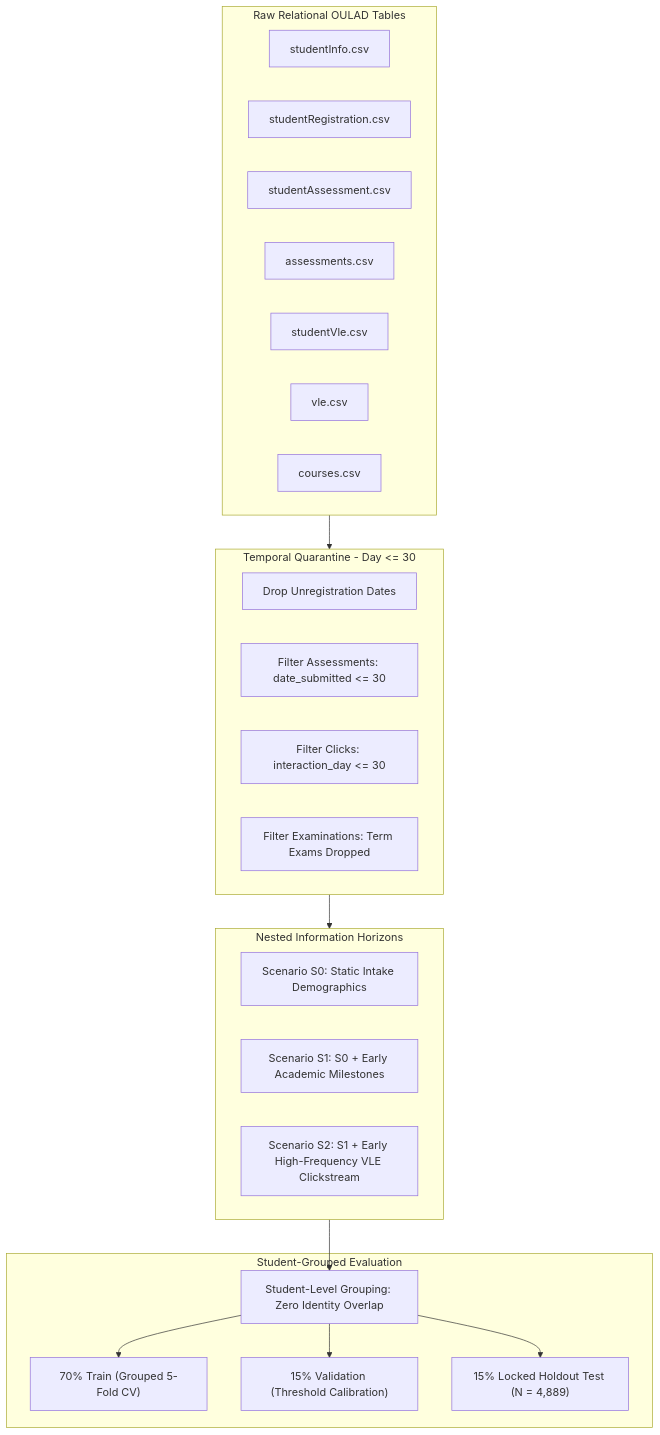
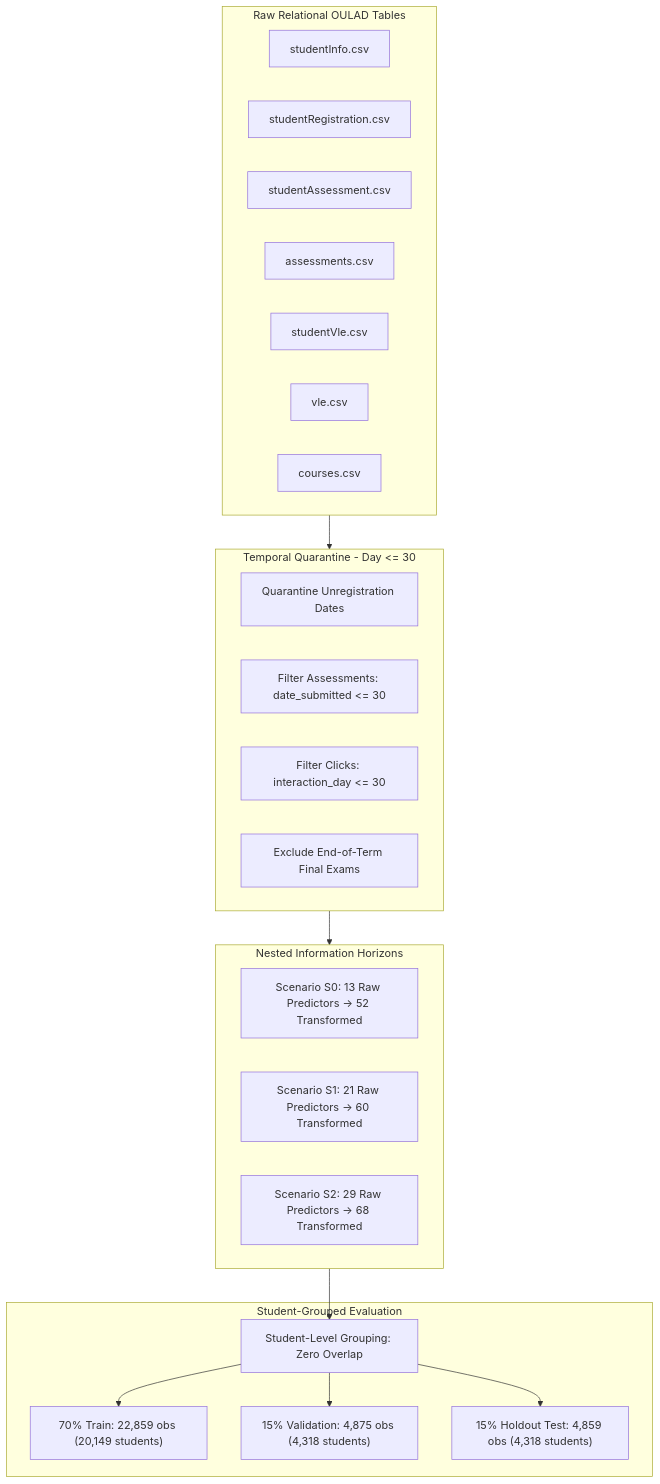
The diagram in README.md (ugesh13/IEEE_Research_Web), drawn with Mermaid before and after one commit. The commit also changed other lines of this file and 82 other files, not shown here.

````diff
--- a/README.md
+++ b/README.md
@@ -45,39 +72,39 @@
 ```mermaid
 flowchart TD
     subgraph Raw_OULAD [Raw Relational OULAD Tables]
         R1[studentInfo.csv]
         R2[studentRegistration.csv]
         R3[studentAssessment.csv]
         R4[assessments.csv]
         R5[studentVle.csv]
         R6[vle.csv]
         R7[courses.csv]
     end
 
     subgraph Temporal_Firewall [Temporal Quarantine - Day <= 30]
-        TF1[Drop Unregistration Dates]
+        TF1[Quarantine Unregistration Dates]
         TF2[Filter Assessments: date_submitted <= 30]
         TF3[Filter Clicks: interaction_day <= 30]
-        TF4[Filter Examinations: Term Exams Dropped]
+        TF4[Exclude End-of-Term Final Exams]
     end
 
     subgraph Feature_Horizons [Nested Information Horizons]
-        S0["Scenario S0: Static Intake Demographics"]
-        S1["Scenario S1: S0 + Early Academic Milestones"]
-        S2["Scenario S2: S1 + Early High-Frequency VLE Clickstream"]
+        S0["Scenario S0: 13 Raw Predictors -> 52 Transformed"]
+        S1["Scenario S1: 21 Raw Predictors -> 60 Transformed"]
+        S2["Scenario S2: 29 Raw Predictors -> 68 Transformed"]
     end
 
     subgraph Validation [Student-Grouped Evaluation]
-        SG[Student-Level Grouping: Zero Identity Overlap]
-        Train["70% Train (Grouped 5-Fold CV)"]
-        Val["15% Validation (Threshold Calibration)"]
-        Test["15% Locked Holdout Test (N = 4,889)"]
+        SG[Student-Level Grouping: Zero Overlap]
+        Train["70% Train: 22,859 obs (20,149 students)"]
+        Val["15% Validation: 4,875 obs (4,318 students)"]
+        Test["15% Holdout Test: 4,859 obs (4,318 students)"]
     end
 
     Raw_OULAD --> Temporal_Firewall
     Temporal_Firewall --> Feature_Horizons
     Feature_Horizons --> SG
     SG --> Train
     SG --> Val
     SG --> Test
 ```
````
